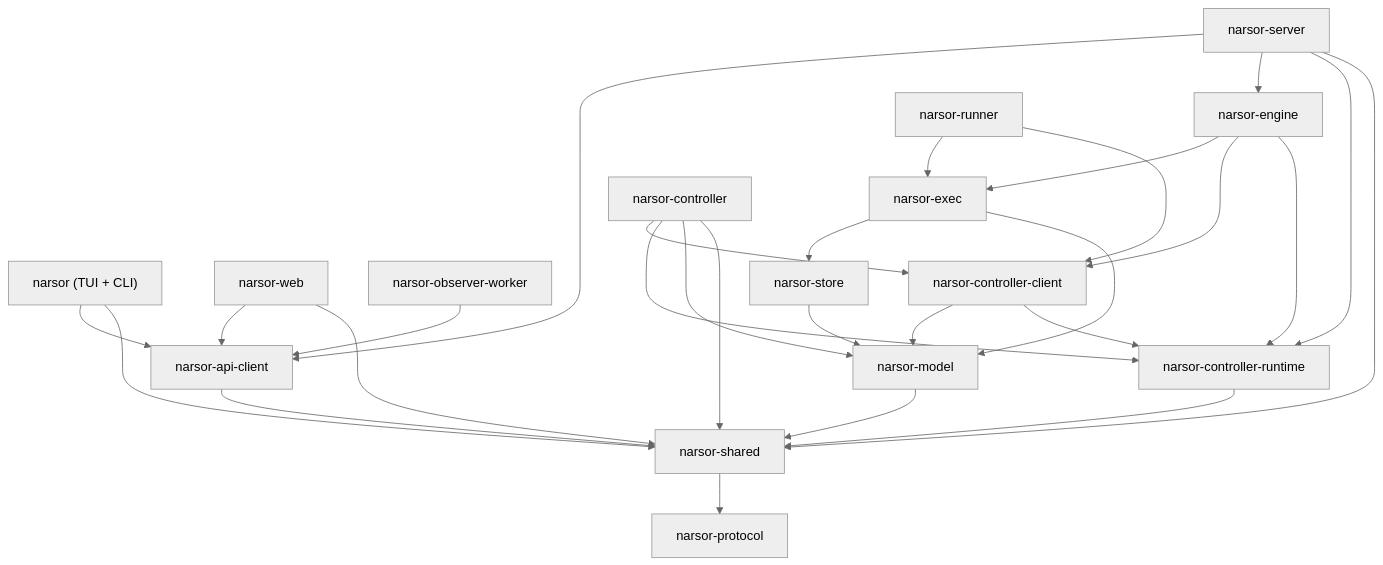
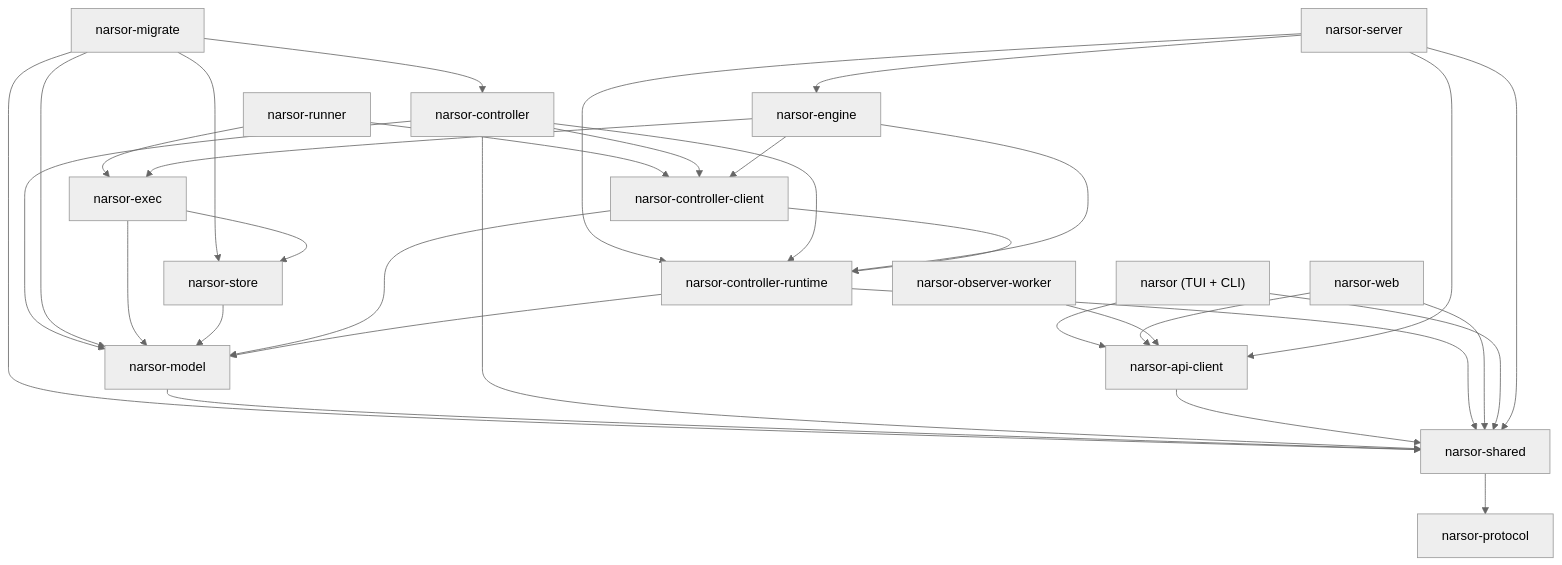
One commit to glakartur/narsor changed the first of 2 diagrams in docs/dev/components.md. Above: the diagram before and after it, drawn with Mermaid (neutral theme). The commit also changed other lines of this file and 162 other files, not shown here.

````diff
--- a/docs/dev/components.md
+++ b/docs/dev/components.md
@@ -33,30 +34,35 @@
 ```mermaid
 graph TD
   narsor["narsor (TUI + CLI)"] --> api[narsor-api-client]
   web[narsor-web] --> api
   obs[narsor-observer-worker] --> api
   server[narsor-server] --> api
   server --> engine[narsor-engine]
   server --> cr[narsor-controller-runtime]
   runner[narsor-runner] --> exec[narsor-exec]
   runner --> cc[narsor-controller-client]
   ctrl[narsor-controller] --> cc
   ctrl --> cr
   ctrl --> model
+  migrate[narsor-migrate] --> ctrl
+  migrate --> store
+  migrate --> model
+  migrate --> shared
   engine --> exec
   engine --> cc
   engine --> cr
   exec --> store[narsor-store]
   exec --> model[narsor-model]
   store --> model
   cc --> model
   cc --> cr
   model --> shared[narsor-shared]
   ctrl --> shared
   api --> shared
   cr --> shared
+  cr --> model
   web --> shared
   narsor --> shared
   server --> shared
   shared --> protocol[narsor-protocol]
 ```
````
